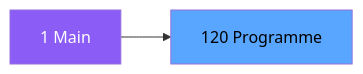
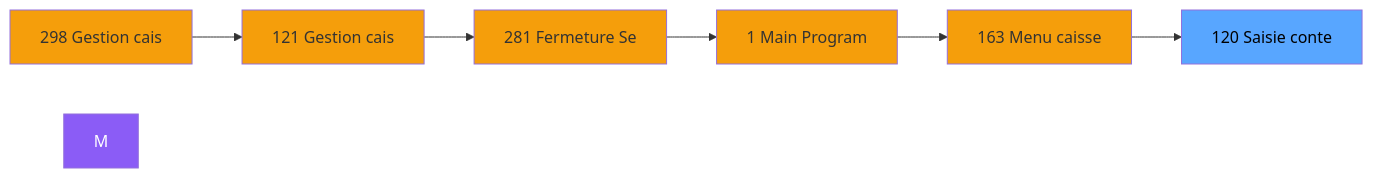
Before and after one commit to thonyAGP/magic-migration: the second of 3 diagrams in .openspec/specs/ADH-IDE-120.md, drawn with Mermaid. The commit also changed other lines of this file and 323 other files, not shown here.

````diff
--- a/.openspec/specs/ADH-IDE-120.md
+++ b/.openspec/specs/ADH-IDE-120.md
@@ -136,8 +153,21 @@
 ```mermaid
 graph LR
-    M[1 Main]
-    T[120 Programme]
-    M --> T
+    N298[298 Gestion cais]
+    N121[121 Gestion cais]
+    N281[281 Fermeture Se]
+    N1[1 Main Program]
+    N163[163 Menu caisse ]
+    T[120 Saisie conte]
+    N298 --> N121
+    N121 --> N281
+    N281 --> N1
+    N1 --> N163
+    N163 --> T
     style M fill:#8b5cf6,color:#fff
+    style N298 fill:#f59e0b
+    style N121 fill:#f59e0b
+    style N281 fill:#f59e0b
+    style N1 fill:#f59e0b
+    style N163 fill:#f59e0b
     style T fill:#58a6ff,color:#000
 ```
````
